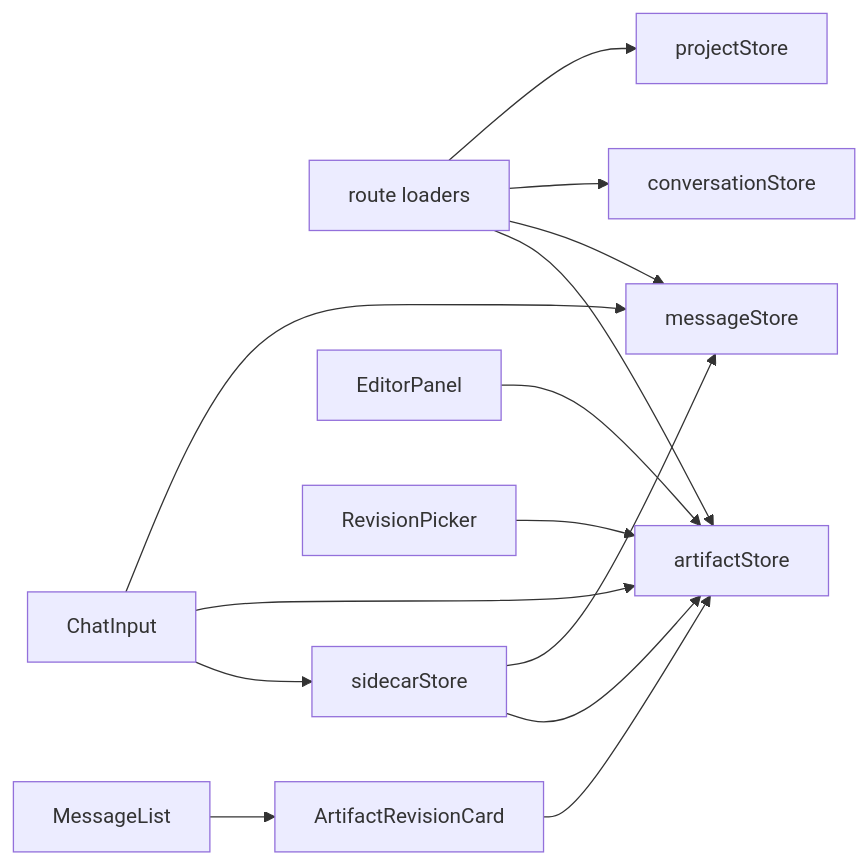
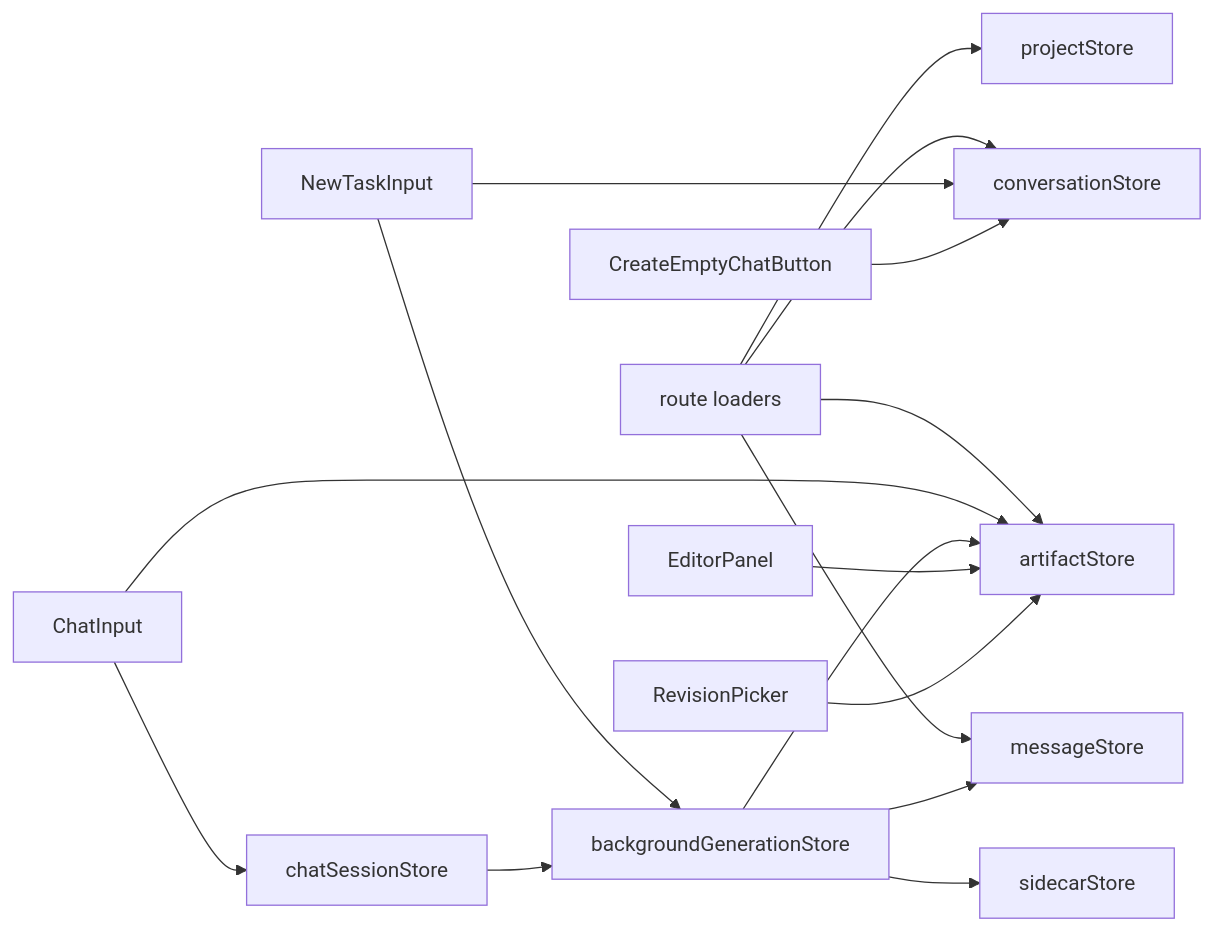
One commit to jpetroff/ai-cowork-assistant changed the second of 2 diagrams in .memory/frontend-relations.md. Above: the diagram before and after it, drawn with Mermaid. The commit also changed other lines of this file and 14 other files, not shown here.

Commit message:
+ new empty chat, input on projects now hooked to background job logic

````diff
--- a/.memory/frontend-relations.md
+++ b/.memory/frontend-relations.md
@@ -28,17 +28,19 @@
 ```mermaid
 flowchart LR
   RouterLoaders["route loaders"] --> ProjectStore["projectStore"]
   RouterLoaders --> ConversationStore["conversationStore"]
   RouterLoaders --> MessageStore["messageStore"]
   RouterLoaders --> ArtifactStore["artifactStore"]
 
-  ChatInput --> MessageStore
+  ChatInput --> ChatSessionStore["chatSessionStore"]
+  NewTaskInput["NewTaskInput"] --> ConversationStore
+  NewTaskInput --> BackgroundGenerationStore["backgroundGenerationStore"]
+  EmptyChat["CreateEmptyChatButton"] --> ConversationStore
   ChatInput --> ArtifactStore
-  ChatInput --> SidecarStore["sidecarStore"]
-  SidecarStore --> MessageStore
-  SidecarStore --> ArtifactStore
+  ChatSessionStore --> BackgroundGenerationStore
+  BackgroundGenerationStore --> MessageStore
+  BackgroundGenerationStore --> ArtifactStore
+  BackgroundGenerationStore --> SidecarStore["sidecarStore"]
   EditorPanel --> ArtifactStore
   RevisionPicker["RevisionPicker"] --> ArtifactStore
-  MessageList --> ArtifactRevisionCard["ArtifactRevisionCard"]
-  ArtifactRevisionCard --> ArtifactStore
 ```
````
